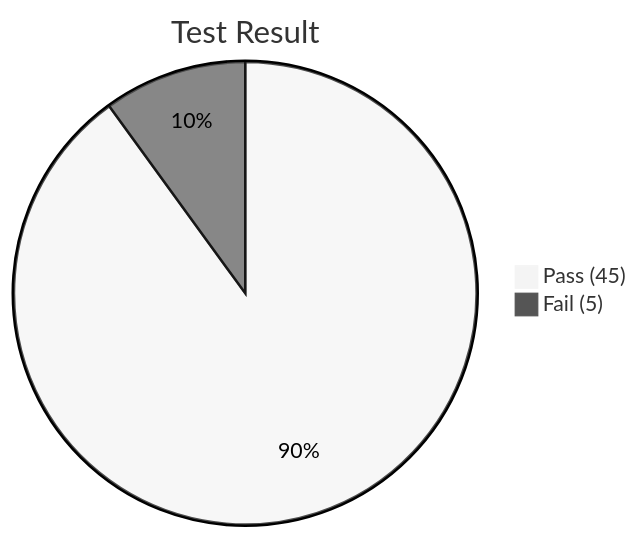
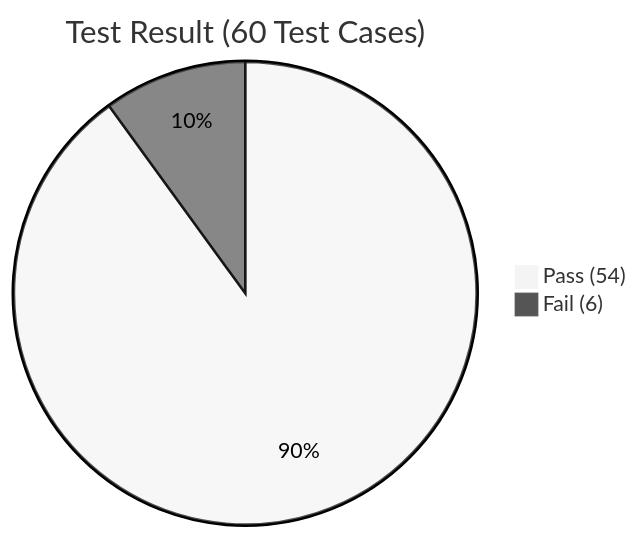
One commit to Szeligor/AI-playground changed the diagram in hge/reports/TEST_REPORT.md. Above: the diagram before and after it, drawn with Mermaid (neutral theme). The commit also changed other lines of this file and 9 other files, not shown here.

````diff
--- a/hge/reports/TEST_REPORT.md
+++ b/hge/reports/TEST_REPORT.md
@@ -13,5 +13,5 @@
 ```mermaid
-pie title Test Result
-    "Pass (45)" : 45
-    "Fail (5)" : 5
+pie title Test Result (60 Test Cases)
+    "Pass (54)" : 54
+    "Fail (6)" : 6
 ```
````
